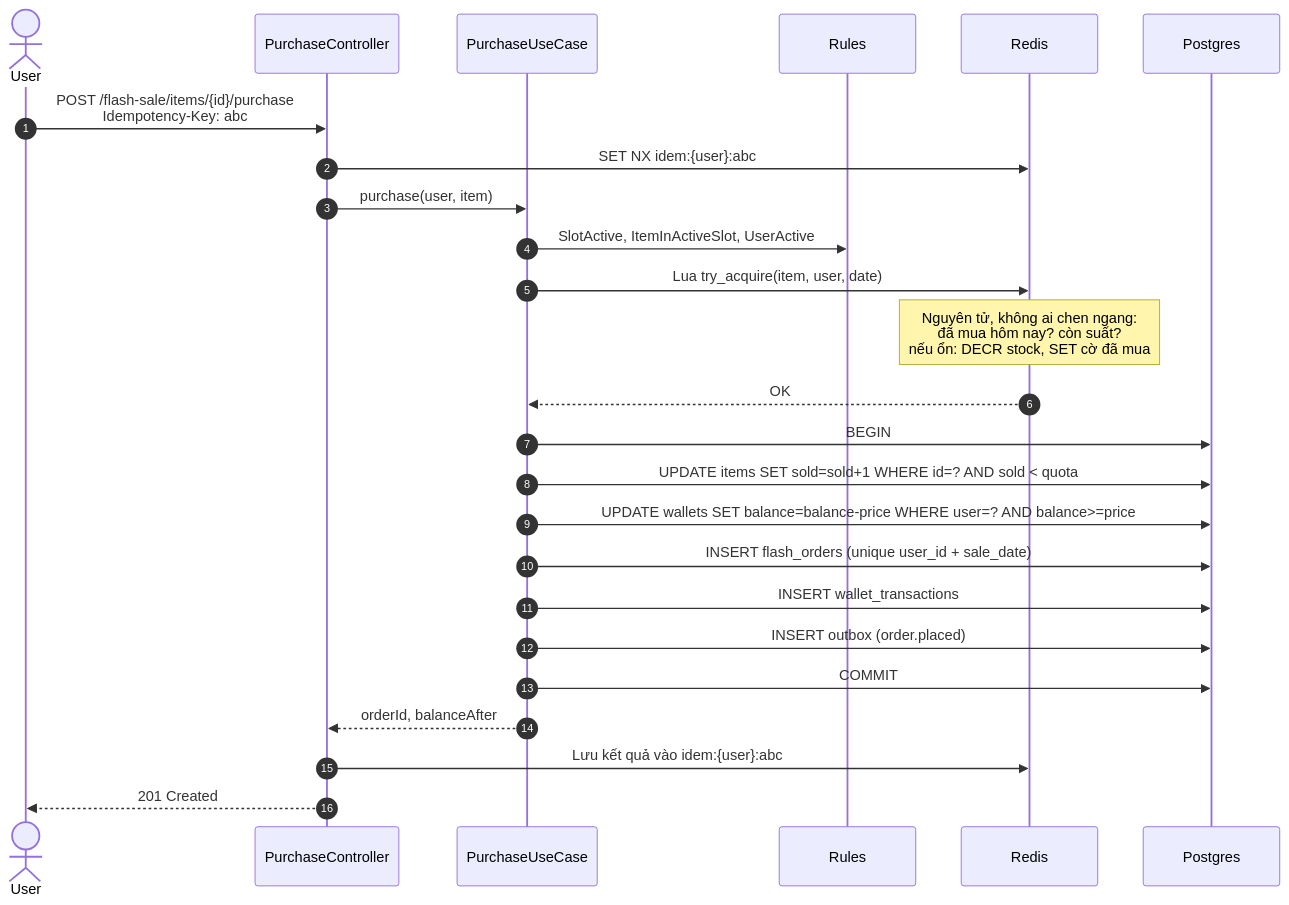
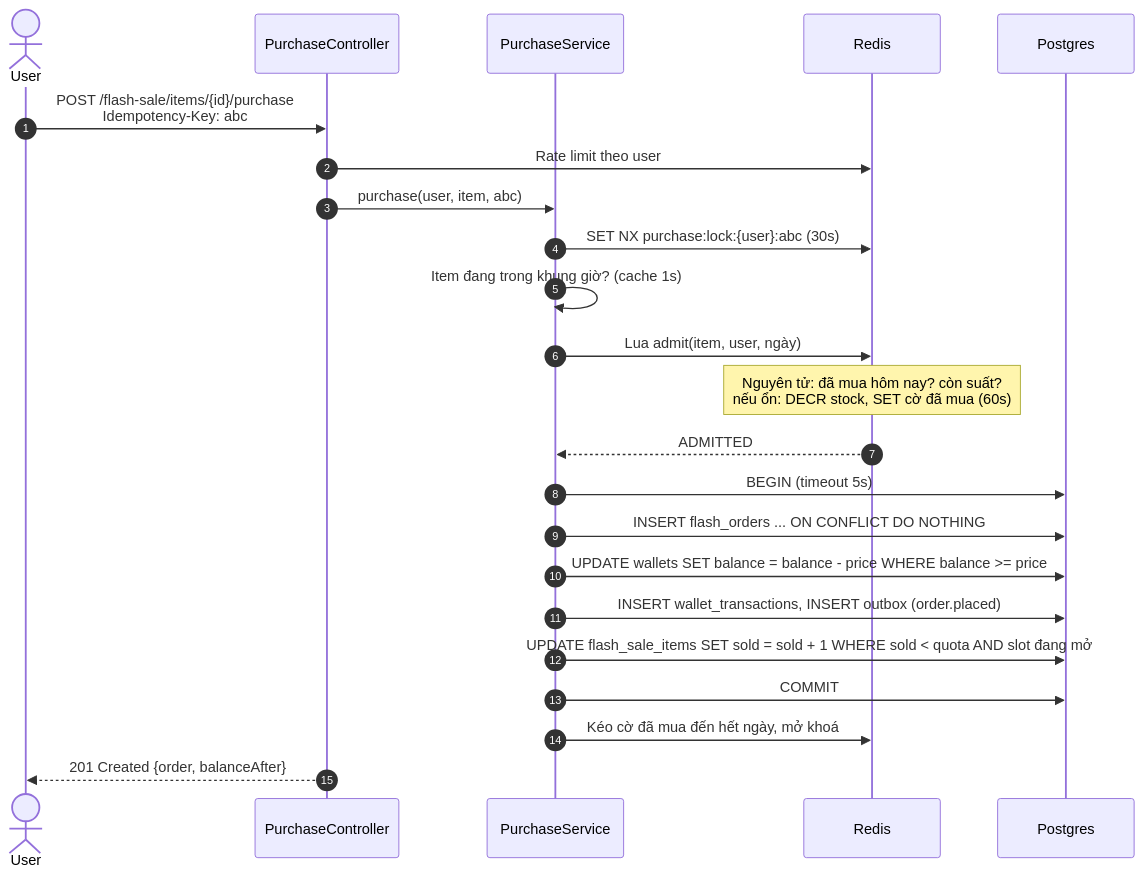
The seventh of 14 diagrams in docs/system-design.md (lebronjamesbe01-dev/flashsale-service), drawn with Mermaid before and after one commit. The commit also changed other lines of this file and 1 other file, not shown here.

````diff
--- a/docs/system-design.md
+++ b/docs/system-design.md
@@ -258,28 +262,26 @@
 ```mermaid
 sequenceDiagram
     autonumber
     actor U as User
     participant C as PurchaseController
-    participant UC as PurchaseUseCase
-    participant RL as Rules
+    participant P as PurchaseService
     participant R as Redis
     participant DB as Postgres
 
     U->>C: POST /flash-sale/items/{id}/purchase<br/>Idempotency-Key: abc
-    C->>R: SET NX idem:{user}:abc
-    C->>UC: purchase(user, item)
-    UC->>RL: SlotActive, ItemInActiveSlot, UserActive
-    UC->>R: Lua try_acquire(item, user, date)
-    Note over R: Nguyên tử, không ai chen ngang:<br/>đã mua hôm nay? còn suất?<br/>nếu ổn: DECR stock, SET cờ đã mua
-    R-->>UC: OK
-    UC->>DB: BEGIN
-    UC->>DB: UPDATE items SET sold=sold+1 WHERE id=? AND sold < quota
-    UC->>DB: UPDATE wallets SET balance=balance-price WHERE user=? AND balance>=price
-    UC->>DB: INSERT flash_orders (unique user_id + sale_date)
-    UC->>DB: INSERT wallet_transactions
-    UC->>DB: INSERT outbox (order.placed)
-    UC->>DB: COMMIT
-    UC-->>C: orderId, balanceAfter
-    C->>R: Lưu kết quả vào idem:{user}:abc
-    C-->>U: 201 Created
+    C->>R: Rate limit theo user
+    C->>P: purchase(user, item, abc)
+    P->>R: SET NX purchase:lock:{user}:abc (30s)
+    P->>P: Item đang trong khung giờ? (cache 1s)
+    P->>R: Lua admit(item, user, ngày)
+    Note over R: Nguyên tử: đã mua hôm nay? còn suất?<br/>nếu ổn: DECR stock, SET cờ đã mua (60s)
+    R-->>P: ADMITTED
+    P->>DB: BEGIN (timeout 5s)
+    P->>DB: INSERT flash_orders ... ON CONFLICT DO NOTHING
+    P->>DB: UPDATE wallets SET balance = balance - price WHERE balance >= price
+    P->>DB: INSERT wallet_transactions, INSERT outbox (order.placed)
+    P->>DB: UPDATE flash_sale_items SET sold = sold + 1 WHERE sold < quota AND slot đang mở
+    P->>DB: COMMIT
+    P->>R: Kéo cờ đã mua đến hết ngày, mở khoá
+    C-->>U: 201 Created {order, balanceAfter}
 ```
````
